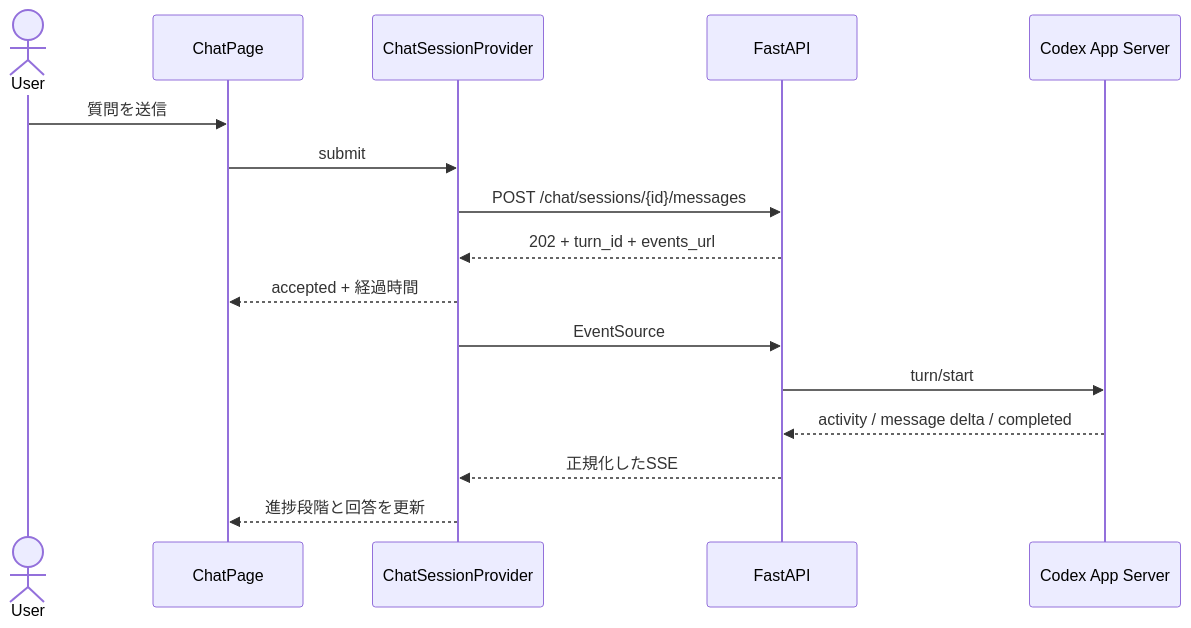
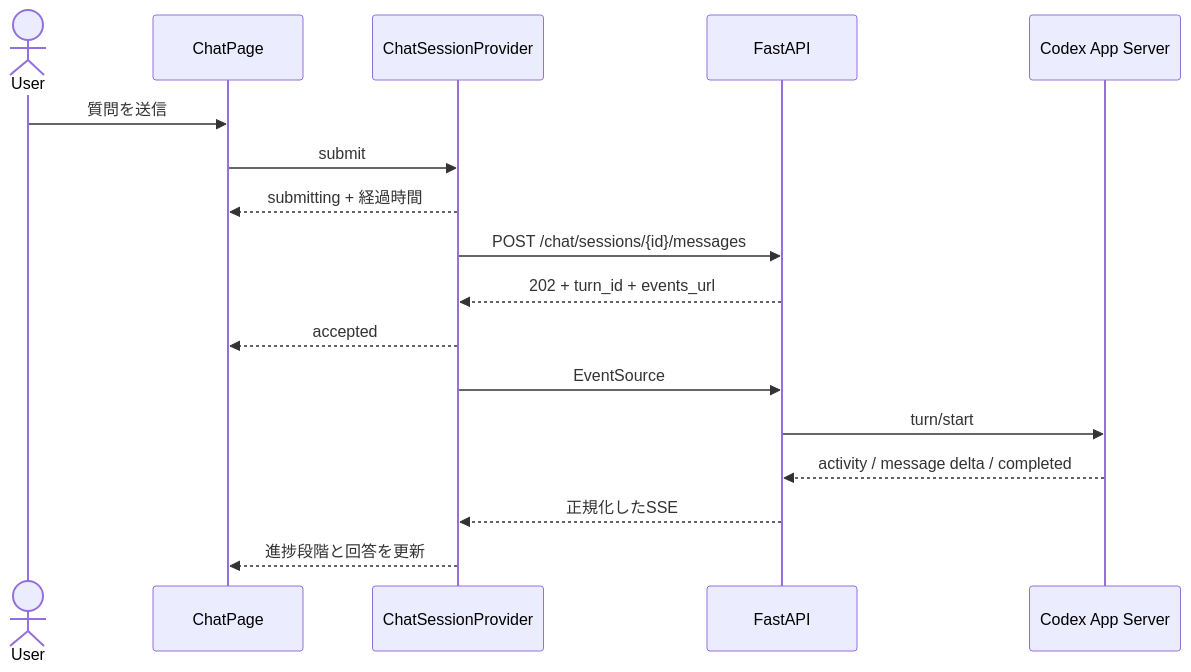
Before and after one commit to Futaw/GHAgentDev: the second of 2 diagrams in docs/phase-0-chat-recovery-detailed-design.md, drawn with Mermaid. The commit also changed other lines of this file and 5 other files, not shown here.

````diff
--- a/docs/phase-0-chat-recovery-detailed-design.md
+++ b/docs/phase-0-chat-recovery-detailed-design.md
@@ -161,19 +153,20 @@
 ```mermaid
 sequenceDiagram
     actor User
     participant Page as ChatPage
     participant Provider as ChatSessionProvider
     participant API as FastAPI
     participant Codex as Codex App Server
 
     User->>Page: 質問を送信
     Page->>Provider: submit
+    Provider-->>Page: submitting + 経過時間
     Provider->>API: POST /chat/sessions/{id}/messages
     API-->>Provider: 202 + turn_id + events_url
-    Provider-->>Page: accepted + 経過時間
+    Provider-->>Page: accepted
     Provider->>API: EventSource
     API->>Codex: turn/start
     Codex-->>API: activity / message delta / completed
     API-->>Provider: 正規化したSSE
     Provider-->>Page: 進捗段階と回答を更新
 ```
````
